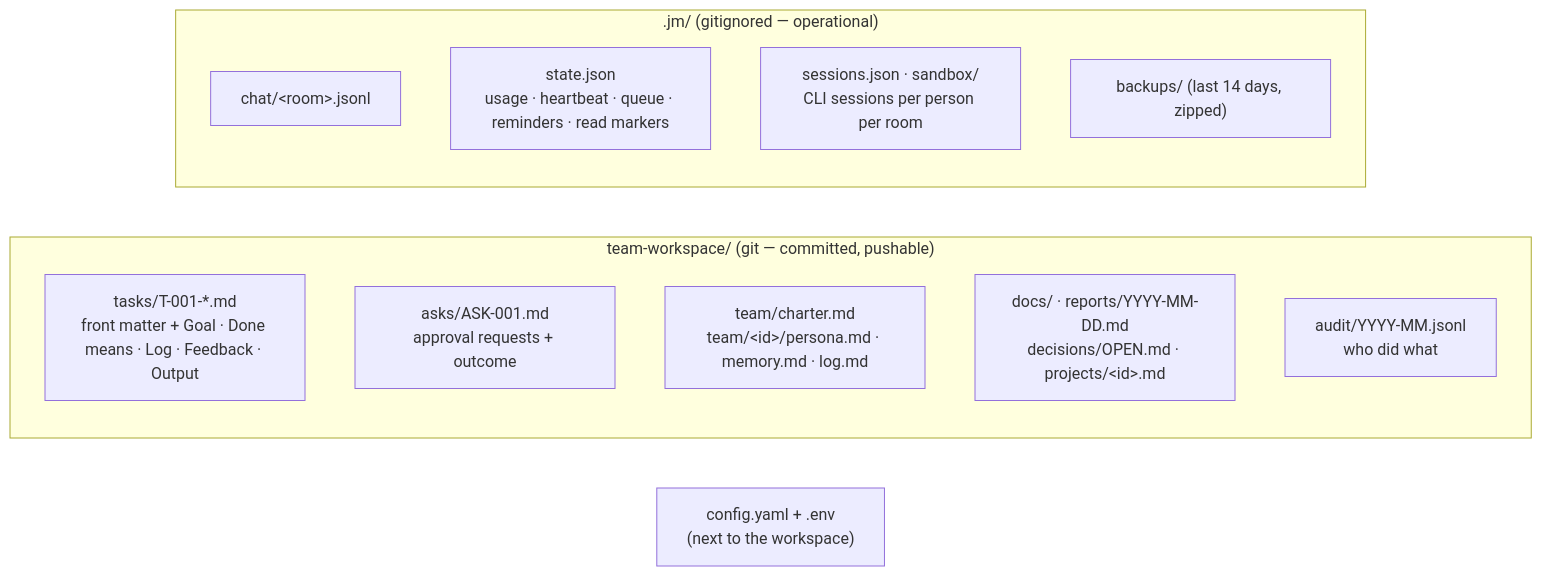
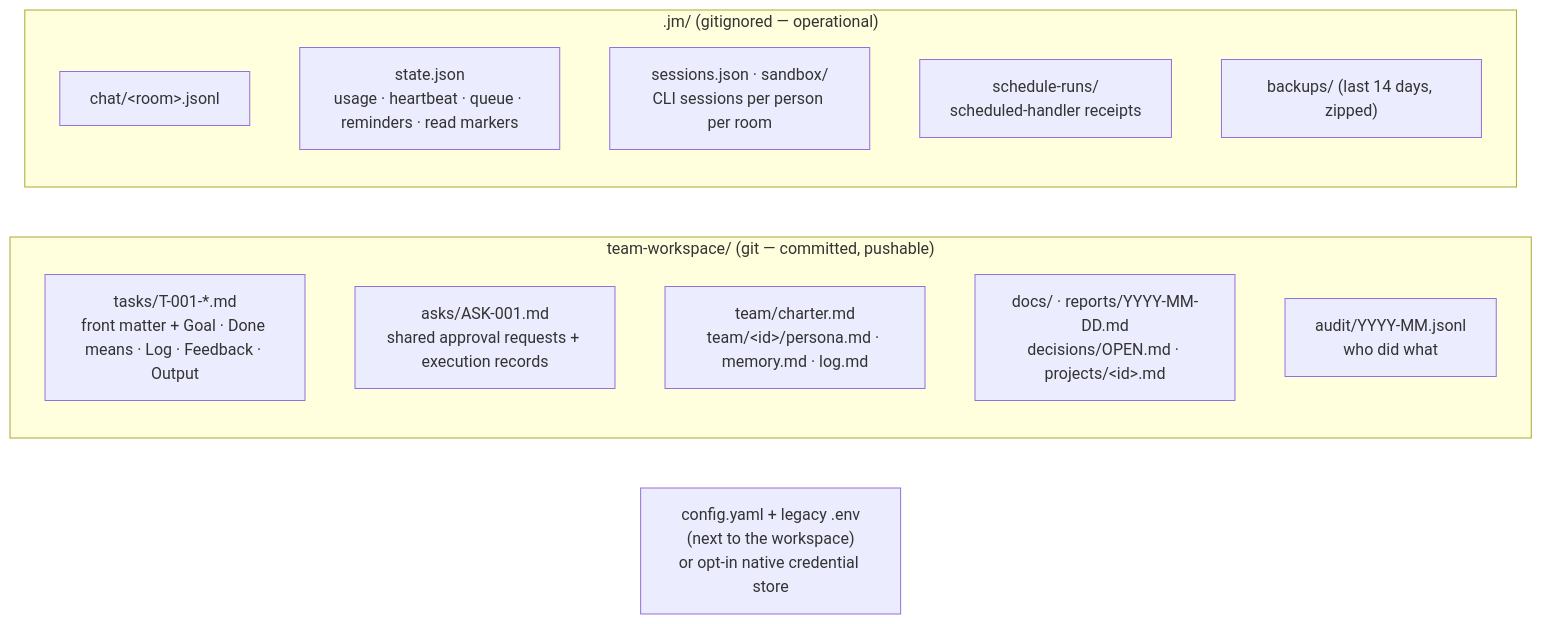
Before and after one commit to CuriousDevs-AI/james-monitoring: the fifth of 5 diagrams in README.md, drawn with Mermaid. The commit also changed other lines of this file and 3 other files, not shown here.

Commit message:
Document workforce flows, verification status and execution limits

````diff
--- a/README.md
+++ b/README.md
@@ -351,17 +460,18 @@
 ```mermaid
 flowchart LR
     subgraph Team["team-workspace/  (git — committed, pushable)"]
         T["tasks/T-001-*.md<br/>front matter + Goal · Done means · Log · Feedback · Output"]
-        A["asks/ASK-001.md<br/>approval requests + outcome"]
+        A["asks/ASK-001.md<br/>shared approval requests + execution records"]
         P["team/charter.md<br/>team/&lt;id&gt;/persona.md · memory.md · log.md"]
         D["docs/ · reports/YYYY-MM-DD.md<br/>decisions/OPEN.md · projects/&lt;id&gt;.md"]
         AU["audit/YYYY-MM.jsonl<br/>who did what"]
     end
     subgraph Runtime[".jm/  (gitignored — operational)"]
         C["chat/&lt;room&gt;.jsonl"]
         S["state.json<br/>usage · heartbeat · queue · reminders · read markers"]
         SE["sessions.json · sandbox/<br/>CLI sessions per person per room"]
+        SR["schedule-runs/<br/>scheduled-handler receipts"]
         B["backups/ (last 14 days, zipped)"]
     end
-    CFG["config.yaml + .env<br/>(next to the workspace)"]
+    CFG["config.yaml + legacy .env<br/>(next to the workspace)<br/>or opt-in native credential store"]
 ```
````
